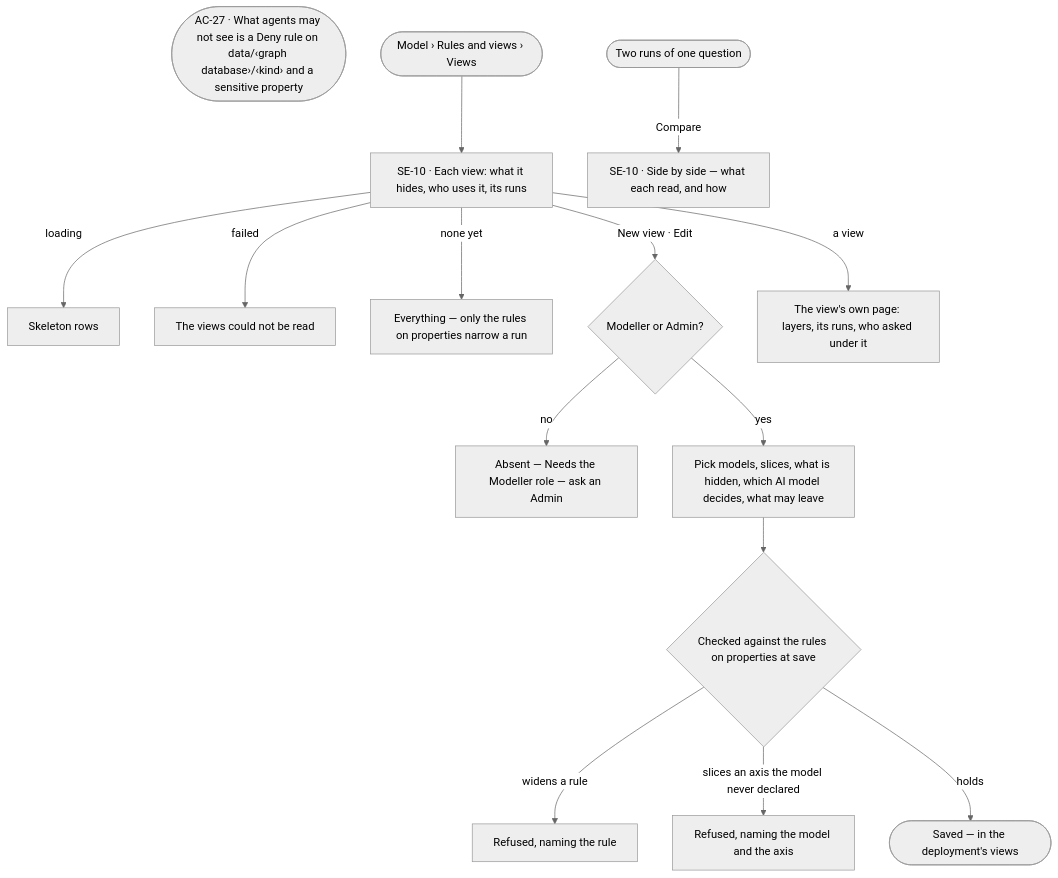
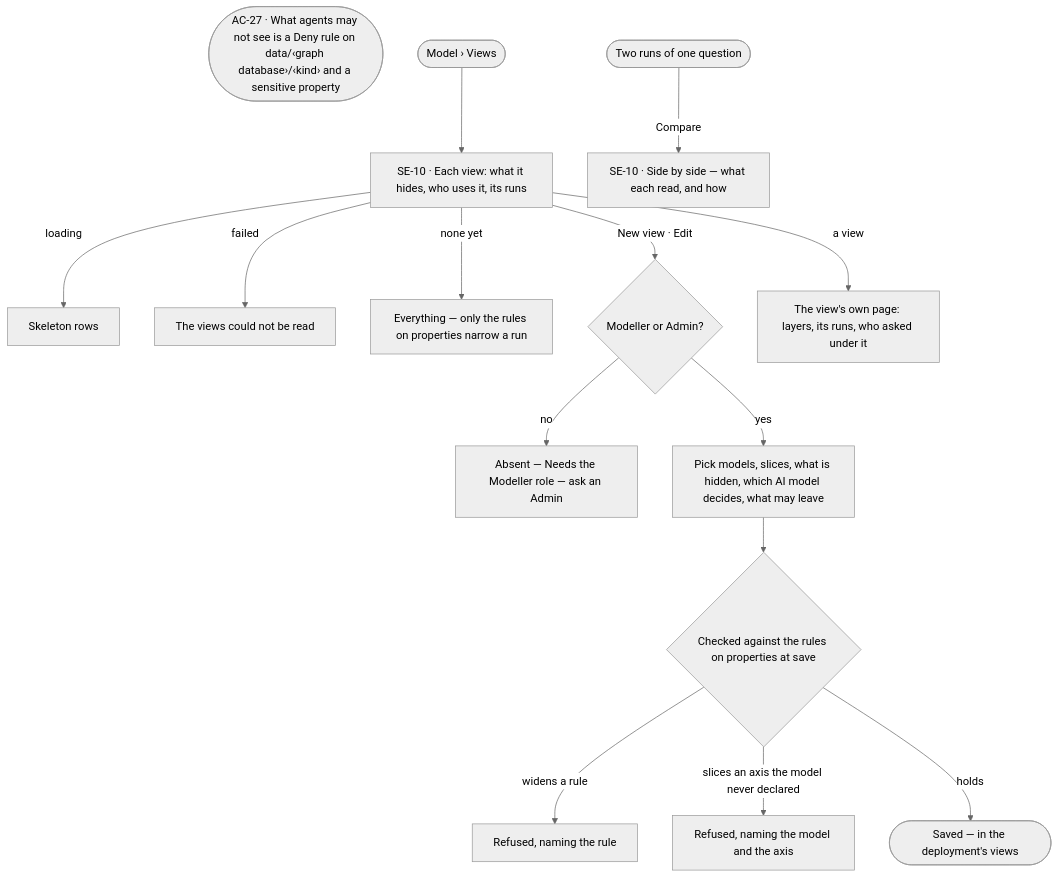
Before and after one commit to invana/invana: the first of 2 diagrams in specs/capabilities/semantics/features/SE-F09-views-of-the-graph/feature.md, drawn with Mermaid (neutral theme). The commit also changed other lines of this file and 54 other files, not shown here.

First line of the commit message:
docs(specs): many graph databases by access, links within one database, Model views restored

````diff
--- a/specs/capabilities/semantics/features/SE-F09-views-of-the-graph/feature.md
+++ b/specs/capabilities/semantics/features/SE-F09-views-of-the-graph/feature.md
@@ -21,17 +21,17 @@
 ```mermaid
 flowchart TD
   kept(["AC-27 · What agents may not see is a Deny rule on data/‹graph database›/‹kind› and a sensitive property"])
-  start([Model › Rules and views › Views]) --> v["SE-10 · Each view: what it hides, who uses it, its runs"]
+  start([Model › Views]) --> v["SE-10 · Each view: what it hides, who uses it, its runs"]
   v -->|loading| sk["Skeleton rows"]
   v -->|failed| f["The views could not be read"]
   v -->|none yet| v0["Everything — only the rules on properties narrow a run"]
   v -->|New view · Edit| ed{Modeller or Admin?}
   ed -->|no| na["Absent — Needs the Modeller role — ask an Admin"]
   ed -->|yes| pick["Pick models, slices, what is hidden, which AI model decides, what may leave"]
   pick --> val{Checked against the rules on properties at save}
   val -->|widens a rule| vr["Refused, naming the rule"]
   val -->|slices an axis the model never declared| va["Refused, naming the model and the axis"]
   val -->|holds| saved(["Saved — in the deployment's views"])
   v -->|a view| board["The view's own page: layers, its runs, who asked under it"]
   runs([Two runs of one question]) -->|Compare| cmp["SE-10 · Side by side — what each read, and how"]
 ```
````
